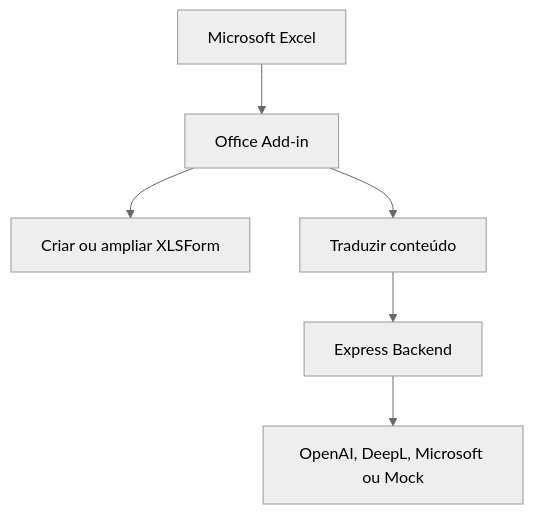
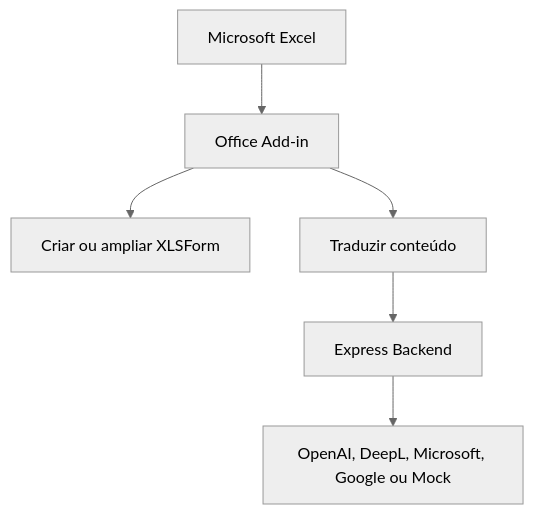
Before and after one commit to Jubilio/xlsform-ai-translator: the diagram in README.md, drawn with Mermaid (neutral theme). The commit also changed other lines of this file and 23 other files, not shown here.

````diff
--- a/README.md
+++ b/README.md
@@ -84,8 +86,8 @@
 ```mermaid
 flowchart TD
     A[Microsoft Excel] --> B[Office Add-in]
     B --> C[Criar ou ampliar XLSForm]
     B --> D[Traduzir conteúdo]
     D --> E[Express Backend]
-    E --> F[OpenAI, DeepL, Microsoft ou Mock]
+    E --> F[OpenAI, DeepL, Microsoft, Google ou Mock]
 ```
````
